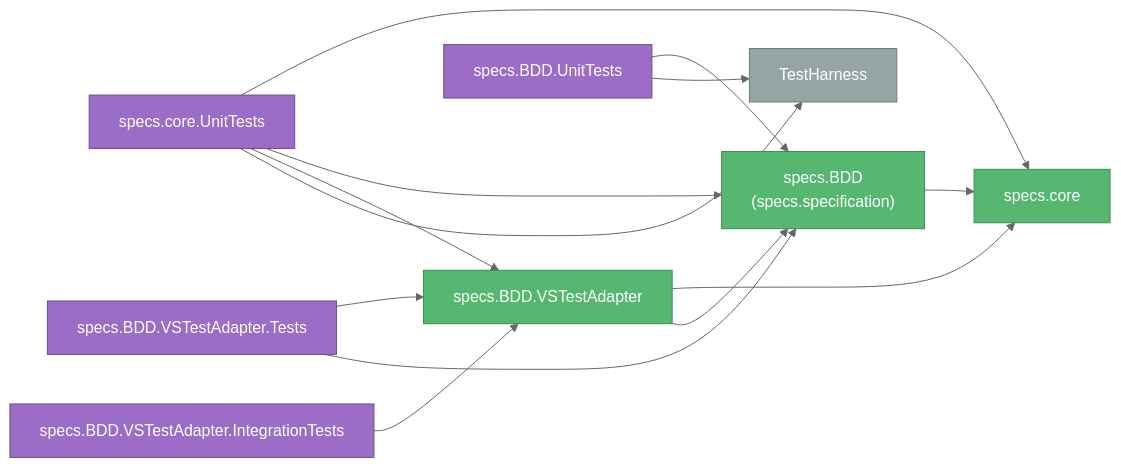
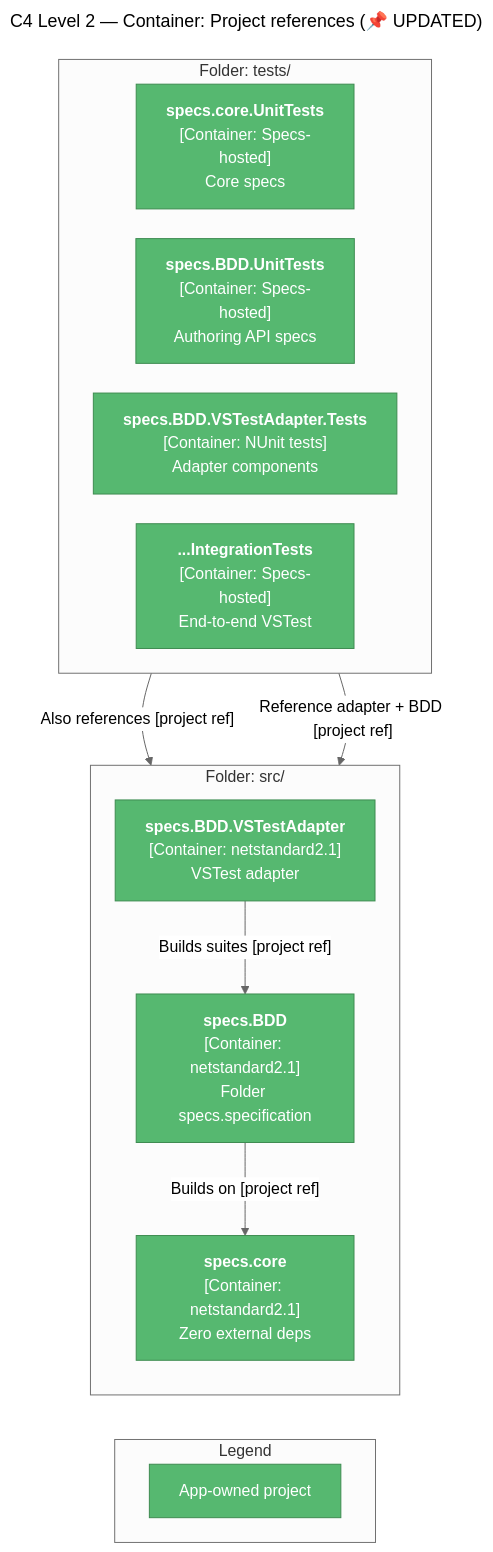
One commit to yozepi/Specs changed the second of 2 diagrams in memory-bank/techContext.md. Above: the diagram before and after it, drawn with Mermaid. The commit also changed other lines of this file and 60 other files, not shown here.

First line of the commit message:
Split src/tests and self-host BDD unit tests

````diff
--- a/memory-bank/techContext.md
+++ b/memory-bank/techContext.md
@@ -74,29 +65,35 @@
 ```mermaid
-%%{init: {'theme': 'neutral'}}%%
-flowchart LR
-    CORE["specs.core"]:::app
-    BDD["specs.BDD<br/>(specs.specification)"]:::app
-    ADP["specs.BDD.VSTestAdapter"]:::app
-    TH["TestHarness"]:::deprecated
-    CUT["specs.core.UnitTests"]:::data
-    BUT["specs.BDD.UnitTests"]:::data
-    AUT["specs.BDD.VSTestAdapter.Tests"]:::data
-    AIT["specs.BDD.VSTestAdapter.IntegrationTests"]:::data
+---
+title: "C4 Level 2 — Container: Project references (📌 UPDATED)"
+---
+%%{init: {'theme': 'neutral', 'flowchart': {'nodeSpacing': 30, 'rankSpacing': 45, 'wrappingWidth': 160}}}%%
+flowchart TD
+    subgraph TESTS["Folder: tests/"]
+        direction LR
+        CUT["<b>specs.core.UnitTests</b><br/>[Container: Specs-hosted]<br/>Core specs"]:::app
+        BUT["<b>specs.BDD.UnitTests</b><br/>[Container: Specs-hosted]<br/>Authoring API specs"]:::app
+        AUT["<b>specs.BDD.VSTestAdapter.Tests</b><br/>[Container: NUnit tests]<br/>Adapter components"]:::app
+        AIT["<b>...IntegrationTests</b><br/>[Container: Specs-hosted]<br/>End-to-end VSTest"]:::app
+    end
 
-    BDD --> CORE
-    ADP --> CORE
-    ADP --> BDD
-    CUT --> CORE
-    CUT --> BDD
-    CUT --> ADP
-    CUT --> TH
-    BUT --> BDD
-    BUT --> TH
-    AUT --> ADP
-    AUT --> BDD
-    AIT --> ADP
+    subgraph SRC["Folder: src/"]
+        direction TB
+        ADP["<b>specs.BDD.VSTestAdapter</b><br/>[Container: netstandard2.1]<br/>VSTest adapter"]:::app
+        BDD["<b>specs.BDD</b><br/>[Container: netstandard2.1]<br/>Folder specs.specification"]:::app
+        CORE["<b>specs.core</b><br/>[Container: netstandard2.1]<br/>Zero external deps"]:::app
+    end
+
+    TESTS -->|"Reference adapter + BDD [project ref]"| SRC
+    CUT -->|"Also references [project ref]"| CORE
+    ADP -->|"Builds suites [project ref]"| BDD
+    BDD -->|"Builds on [project ref]"| CORE
+
+    subgraph LEGEND["Legend"]
+        direction LR
+        L1["App-owned project"]:::app
+    end
+
+    CORE ~~~ LEGEND
 
     classDef app fill:#56B870,stroke:#3D8B50,color:#fff
-    classDef data fill:#9B6DC6,stroke:#6E4D8C,color:#fff
-    classDef deprecated fill:#95A5A6,stroke:#707B7C,color:#fff
 ```
````
